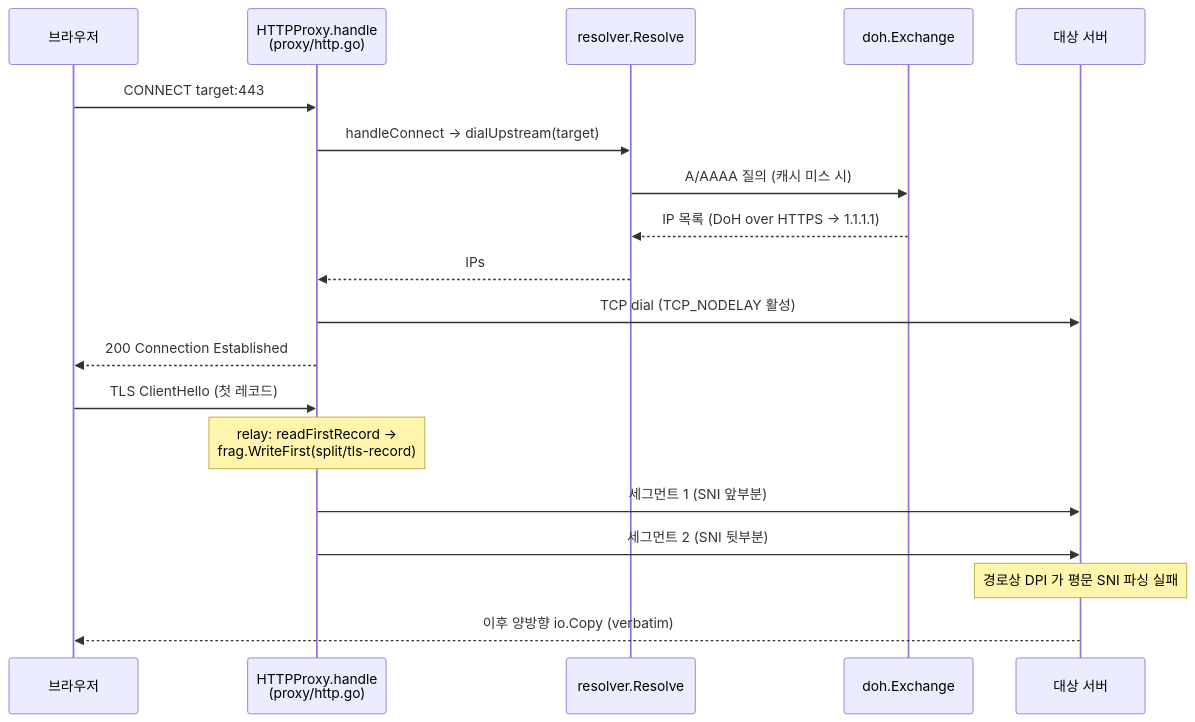
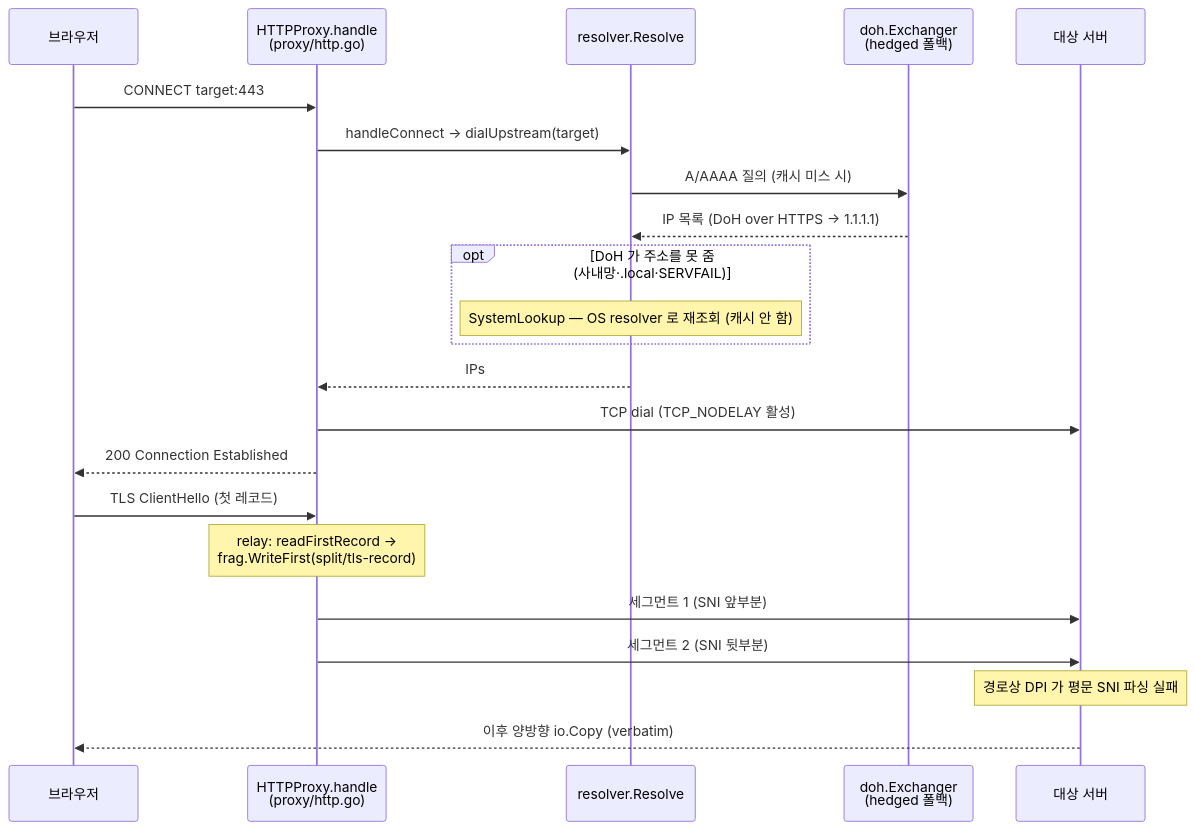
The second of 3 diagrams in docs/architecture.md (vitus9988/psdns), drawn with Mermaid before and after one commit. The commit also changed other lines of this file and 6 other files, not shown here.

````diff
--- a/docs/architecture.md
+++ b/docs/architecture.md
@@ -59,22 +68,25 @@
 ```mermaid
 sequenceDiagram
     participant B as 브라우저
     participant H as HTTPProxy.handle<br/>(proxy/http.go)
     participant R as resolver.Resolve
-    participant D as doh.Exchange
+    participant D as doh.Exchanger<br/>(hedged 폴백)
     participant U as 대상 서버
 
     B->>H: CONNECT target:443
     H->>R: handleConnect → dialUpstream(target)
     R->>D: A/AAAA 질의 (캐시 미스 시)
     D-->>R: IP 목록 (DoH over HTTPS → 1.1.1.1)
+    opt DoH 가 주소를 못 줌 (사내망·.local·SERVFAIL)
+        Note over R: SystemLookup — OS resolver 로 재조회 (캐시 안 함)
+    end
     R-->>H: IPs
     H->>U: TCP dial (TCP_NODELAY 활성)
     H-->>B: 200 Connection Established
     B->>H: TLS ClientHello (첫 레코드)
     Note over H: relay: readFirstRecord →<br/>frag.WriteFirst(split/tls-record)
     H->>U: 세그먼트 1 (SNI 앞부분)
     H->>U: 세그먼트 2 (SNI 뒷부분)
     Note over U: 경로상 DPI 가 평문 SNI 파싱 실패
     U-->>B: 이후 양방향 io.Copy (verbatim)
 ```
````
